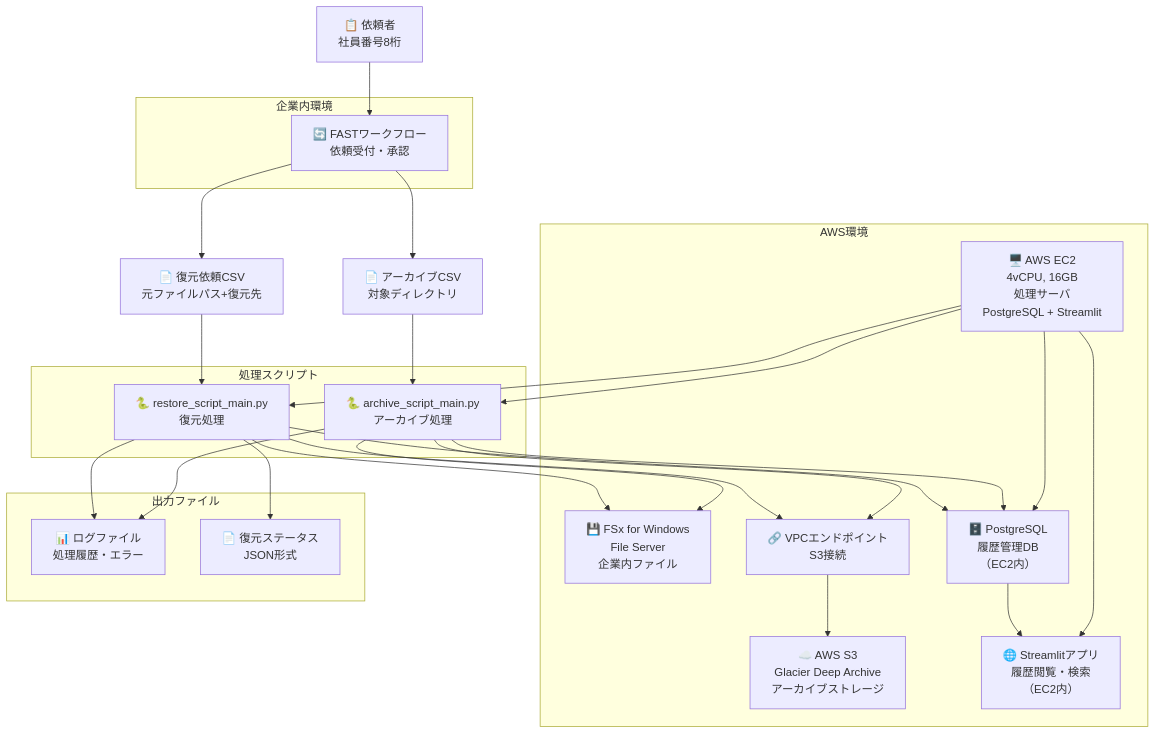
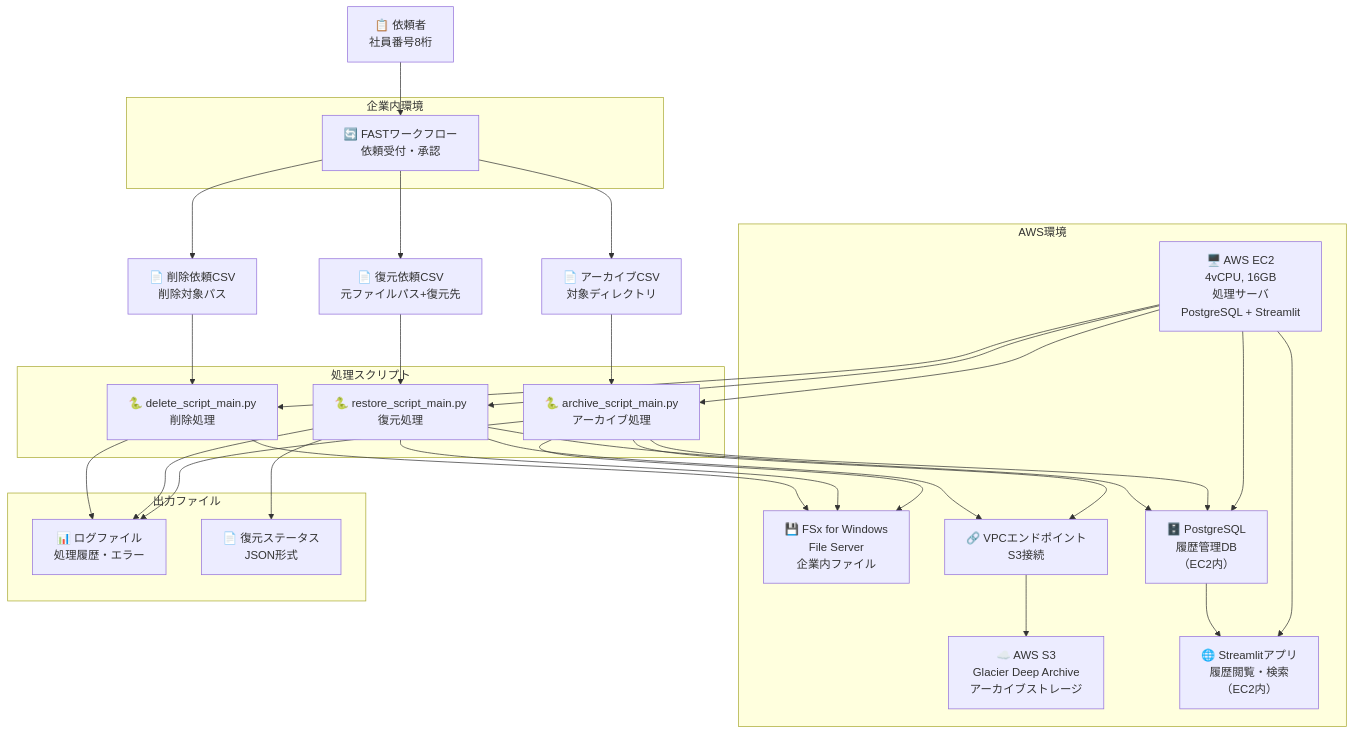
One commit to SantaSan-1224/HideoutRepo changed the first of 4 diagrams in archive/doc/detailed_design_doc.md. Above: the diagram before and after it, drawn with Mermaid. The commit also changed other lines of this file, not shown here.

```diff
--- a/archive/doc/detailed_design_doc.md
+++ b/archive/doc/detailed_design_doc.md
@@ -19,6 +17,7 @@
     %% CSV入力
     CSV_Archive[📄 アーカイブCSV<br/>対象ディレクトリ]
     CSV_Restore[📄 復元依頼CSV<br/>元ファイルパス+復元先]
+    CSV_Delete[📄 削除依頼CSV<br/>削除対象パス]
 
     %% 処理サーバ（PostgreSQL・Streamlitも相乗り）
     Server[🖥️ AWS EC2<br/>4vCPU, 16GB<br/>処理サーバ<br/>PostgreSQL + Streamlit]
@@ -26,6 +25,7 @@
     %% スクリプト群
     ArchiveScript[🐍 archive_script_main.py<br/>アーカイブ処理]
     RestoreScript[🐍 restore_script_main.py<br/>復元処理]
+    DeleteScript[🐍 delete_script_main.py<br/>削除処理]
 
     %% ファイルサーバ（AWS環境内）
     FSx[💾 FSx for Windows<br/>File Server<br/>企業内ファイル]
@@ -50,12 +50,15 @@
     User --> FAST
     FAST --> CSV_Archive
     FAST --> CSV_Restore
+    FAST --> CSV_Delete
 
     CSV_Archive --> ArchiveScript
     CSV_Restore --> RestoreScript
+    CSV_Delete --> DeleteScript
 
     Server --> ArchiveScript
     Server --> RestoreScript
+    Server --> DeleteScript
     Server --> DB
     Server --> Streamlit
 
@@ -63,6 +66,7 @@
     ArchiveScript --> VPC
     RestoreScript --> VPC
     RestoreScript --> FSx
+    DeleteScript --> FSx
 
     VPC --> S3
 
@@ -71,6 +75,7 @@
 
     ArchiveScript --> Logs
     RestoreScript --> Logs
+    DeleteScript --> Logs
     RestoreScript --> Status
 
     DB --> Streamlit
@@ -92,6 +97,7 @@
     subgraph "処理スクリプト"
         ArchiveScript
         RestoreScript
+        DeleteScript
     end
 
     subgraph "出力ファイル"
```
